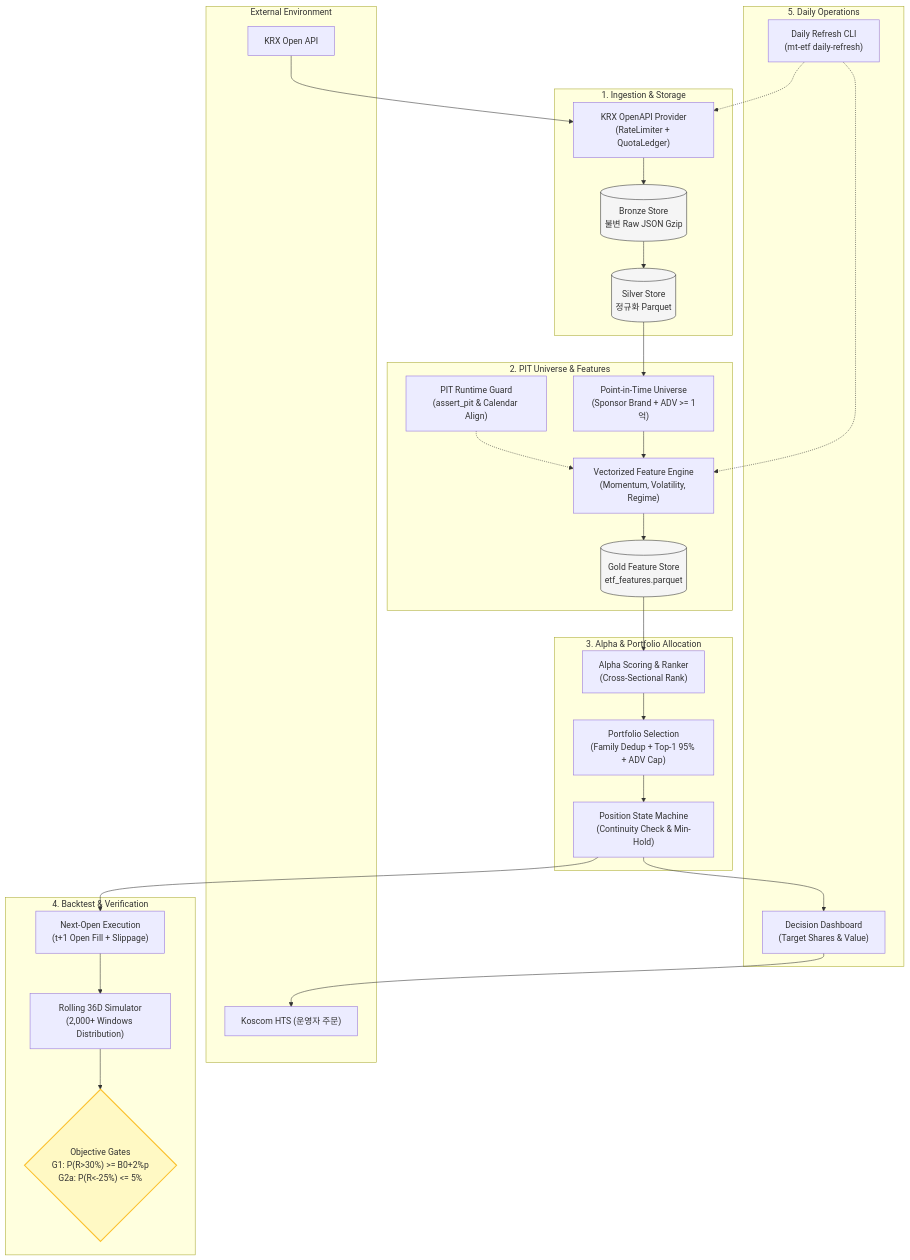
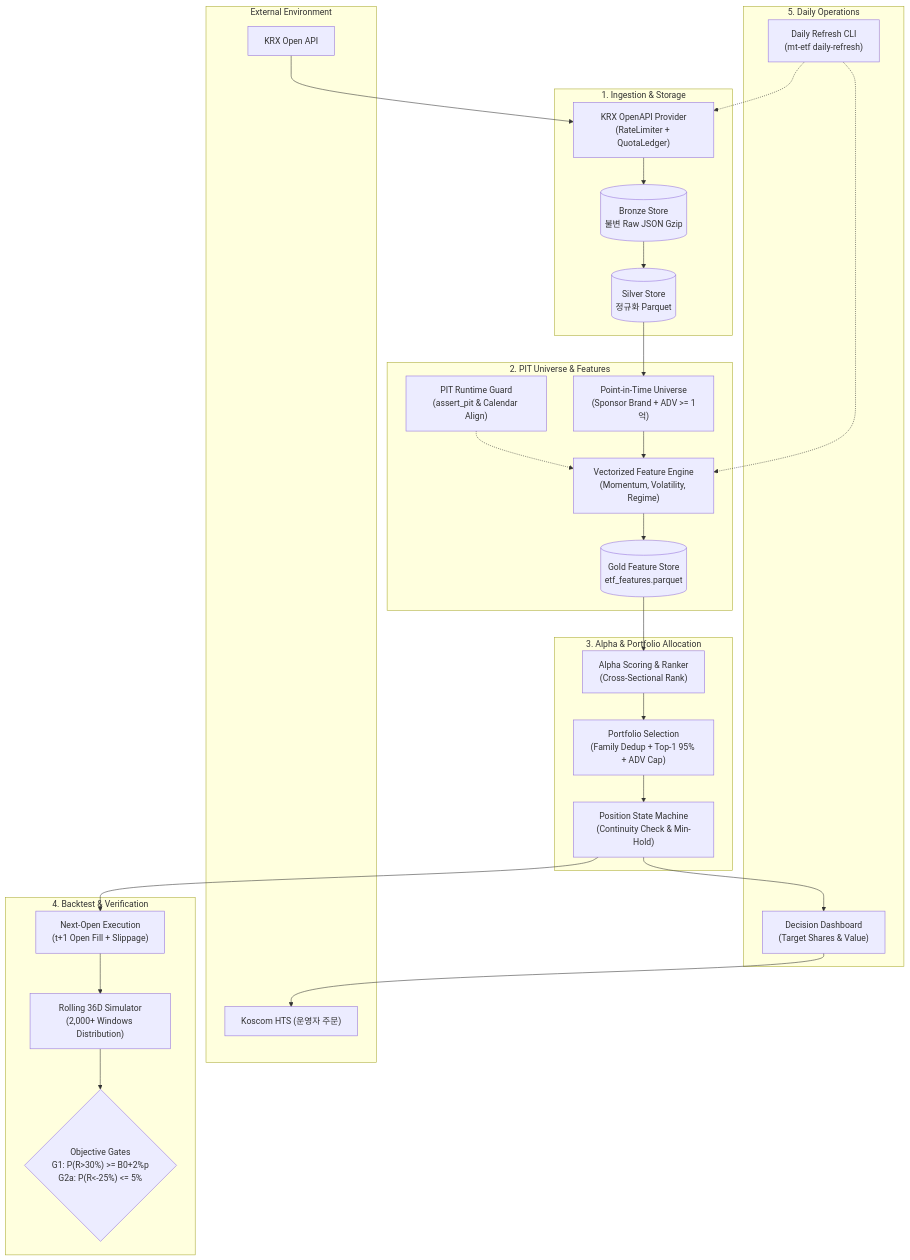
The second of 3 diagrams in README.md (KTHYEONG/mt-etf-king-2026), drawn with Mermaid before and after one commit. The commit also changed other lines of this file and 4 other files, not shown here.

First line of the commit message:
docs: 다이어그램 내 시인성 저해 인라인 스타일 제거

````diff
--- a/README.md
+++ b/README.md
@@ -75,52 +68,47 @@
 ```mermaid
 flowchart TD
     subgraph S_EXT ["External Environment"]
         KRX["KRX Open API"]
         HTS["Koscom HTS (운영자 주문)"]
     end
 
     subgraph S_DATA ["1. Ingestion & Storage"]
         Provider["KRX OpenAPI Provider\n(RateLimiter + QuotaLedger)"]
         Bronze[("Bronze Store\n불변 Raw JSON Gzip")]
         Silver[("Silver Store\n정규화 Parquet")]
         Provider --> Bronze --> Silver
     end
 
     subgraph S_FEAT ["2. PIT Universe & Features"]
         Univ["Point-in-Time Universe\n(Sponsor Brand + ADV >= 1억)"]
         FeatEng["Vectorized Feature Engine\n(Momentum, Volatility, Regime)"]
         PIT["PIT Runtime Guard\n(assert_pit & Calendar Align)"]
         Silver --> Univ --> FeatEng
         PIT -.-> FeatEng
         FeatEng --> Gold[("Gold Feature Store\netf_features.parquet")]
     end
 
     subgraph S_STRAT ["3. Alpha & Portfolio Allocation"]
         Alpha["Alpha Scoring & Ranker\n(Cross-Sectional Rank)"]
         Alloc["Portfolio Selection\n(Family Dedup + Top-1 95% + ADV Cap)"]
         State["Position State Machine\n(Continuity Check & Min-Hold)"]
         Gold --> Alpha --> Alloc --> State
     end
 
     subgraph S_EXEC ["4. Backtest & Verification"]
         Exec["Next-Open Execution\n(t+1 Open Fill + Slippage)"]
         Sim["Rolling 36D Simulator\n(2,000+ Windows Distribution)"]
         Gates{"Objective Gates\nG1: P(R>30%) >= B0+2%p\nG2a: P(R<-25%) <= 5%"}
         State --> Exec --> Sim --> Gates
     end
 
     subgraph S_OPS ["5. Daily Operations"]
         Batch["Daily Refresh CLI\n(mt-etf daily-refresh)"]
         Decision["Decision Dashboard\n(Target Shares & Value)"]
         Batch -.-> Provider
         Batch -.-> FeatEng
         State --> Decision --> HTS
     end
 
     KRX --> Provider
-
-    classDef store fill:#f5f5f5,stroke:#333,stroke-width:1px;
-    classDef gate fill:#fff9c4,stroke:#fbc02d,stroke-width:2px;
-    class Bronze,Silver,Gold store;
-    class Gates gate;
 ```
````
